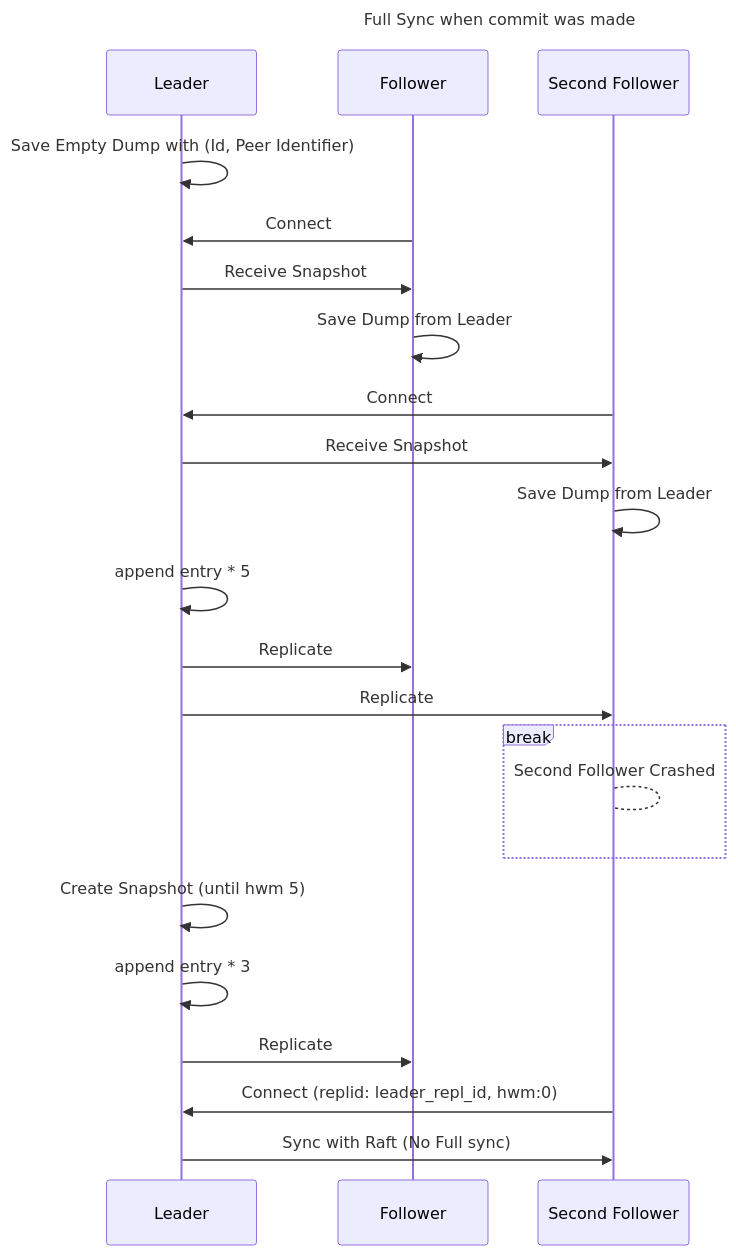
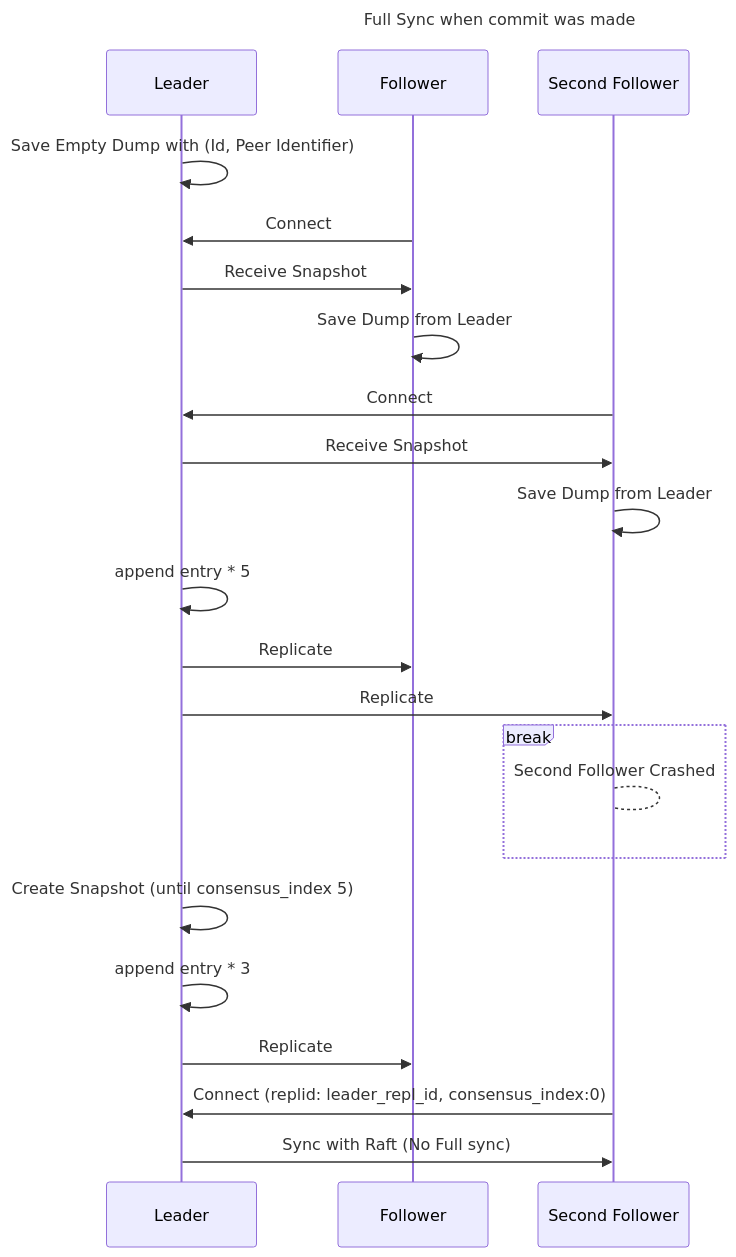
One commit to Migorithm/duva changed the diagram in diagrams/full_sync_when_commit_was_made.mmd. Above: the diagram before and after it, drawn with Mermaid. The commit also changed 26 other files, not shown here.

Commit message:
chore: rename hwm to consensus index

```diff
--- a/diagrams/full_sync_when_commit_was_made.mmd
+++ b/diagrams/full_sync_when_commit_was_made.mmd
@@ -1,26 +1,26 @@
 ---
 title: Full Sync when commit was made
 ---
 sequenceDiagram
     participant L as Leader
     participant F as Follower
     participant SF as Second Follower
     L ->> L: Save Empty Dump with (Id, Peer Identifier)
     F ->> L: Connect
     L ->> F: Receive Snapshot
     F ->> F: Save Dump from Leader
     SF ->> L: Connect
     L ->> SF: Receive Snapshot
     SF ->> SF: Save Dump from Leader
     L ->> L: append entry * 5
     L ->> F: Replicate
     L ->> SF: Replicate
     break
         SF --> SF: Second Follower Crashed
     end
-    L ->> L: Create Snapshot (until hwm 5)
+    L ->> L: Create Snapshot (until consensus_index 5)
     L ->> L: append entry * 3
     L ->> F: Replicate
 
-    SF ->> L: Connect (replid: leader_repl_id, hwm:0)
+    SF ->> L: Connect (replid: leader_repl_id, consensus_index:0)
     L ->> SF: Sync with Raft (No Full sync)
```
